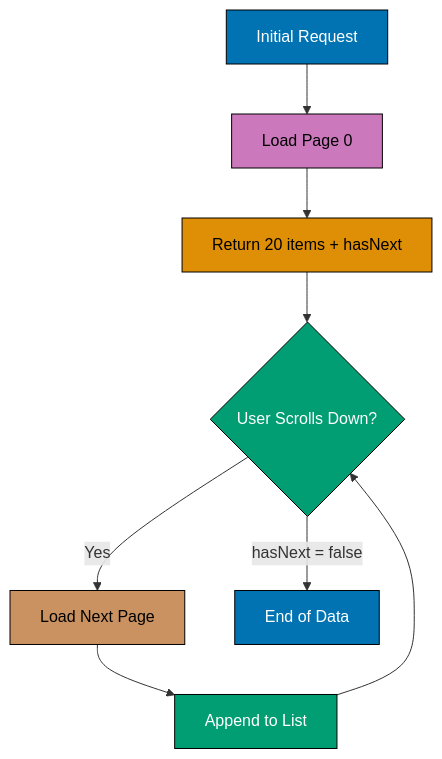
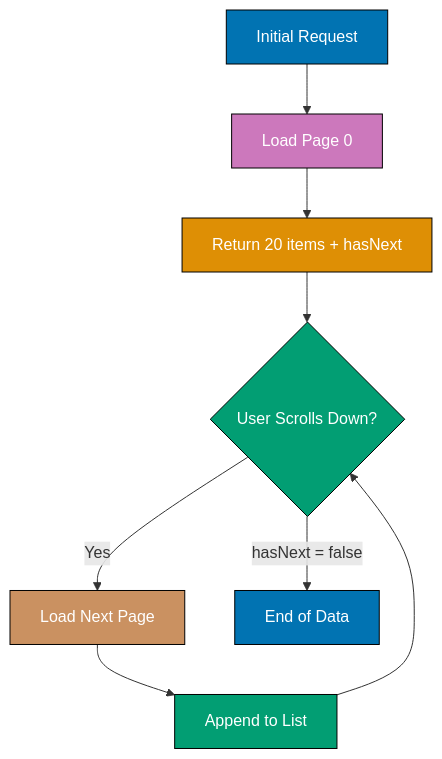
Before and after one commit to wahidyankf/open-sharia-enterprise: the sixth of 12 diagrams in apps/ayokoding-web/content/en/learn/software-engineering/data/tools/spring-data-jpa/by-example/intermediate.md, drawn with Mermaid. The commit also changed other lines of this file and 61 other files, not shown here.

First line of the commit message:
fix(ayokoding-web): quote Mermaid node labels with special characters in Example 63

````diff
--- a/apps/ayokoding-web/content/en/learn/software-engineering/data/tools/spring-data-jpa/by-example/intermediate.md
+++ b/apps/ayokoding-web/content/en/learn/software-engineering/data/tools/spring-data-jpa/by-example/intermediate.md
@@ -975,19 +975,19 @@
 ```mermaid
 %% Infinite scroll implementation
 graph TD
     A[Initial Request] --> B[Load Page 0]
     B --> C[Return 20 items + hasNext]
     C --> D{User Scrolls Down?}
     D -->|Yes| E[Load Next Page]
     E --> F[Append to List]
     F --> D
     D -->|hasNext = false| G[End of Data]
 
     style A fill:#0173B2,stroke:#000,color:#fff
-    style B fill:#CC78BC,stroke:#000,color:#000
-    style C fill:#DE8F05,stroke:#000,color:#000
+    style B fill:#CC78BC,stroke:#000,color:#fff
+    style C fill:#DE8F05,stroke:#000,color:#fff
     style D fill:#029E73,stroke:#000,color:#fff
-    style E fill:#CA9161,stroke:#000,color:#000
+    style E fill:#CA9161,stroke:#000,color:#fff
     style F fill:#029E73,stroke:#000,color:#fff
     style G fill:#0173B2,stroke:#000,color:#fff
 ```
````
